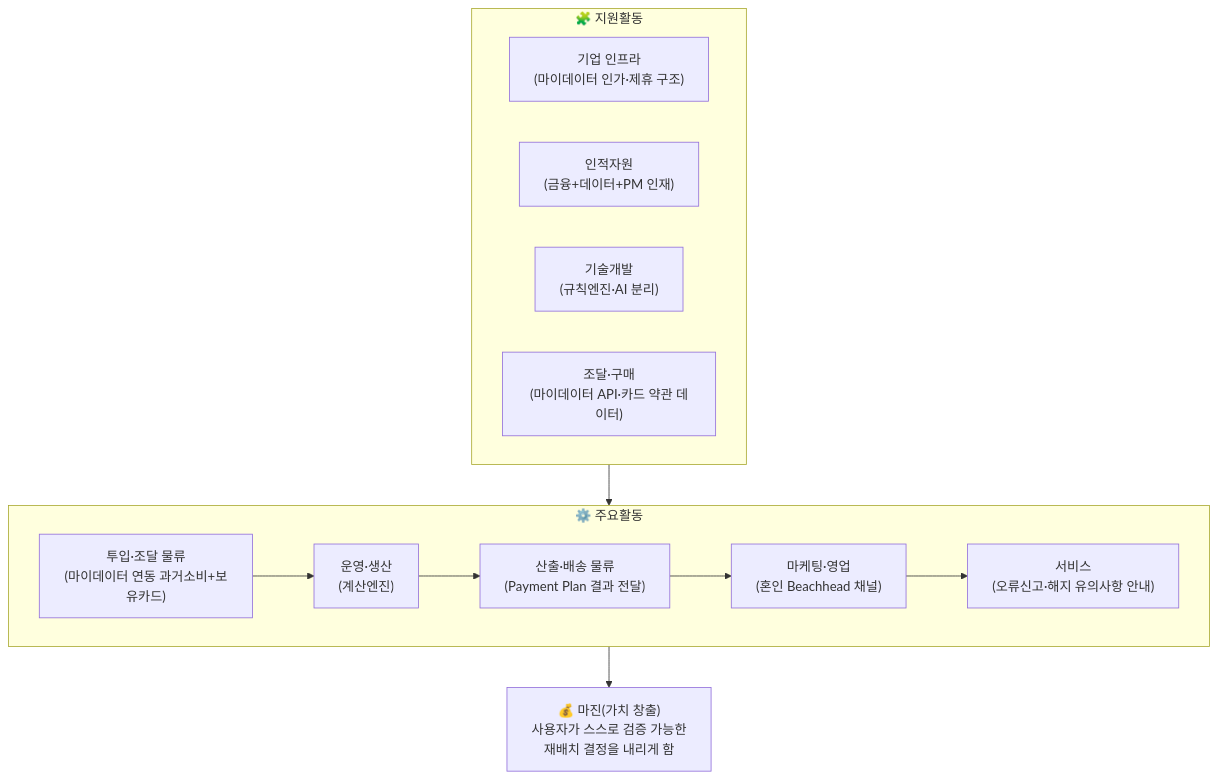
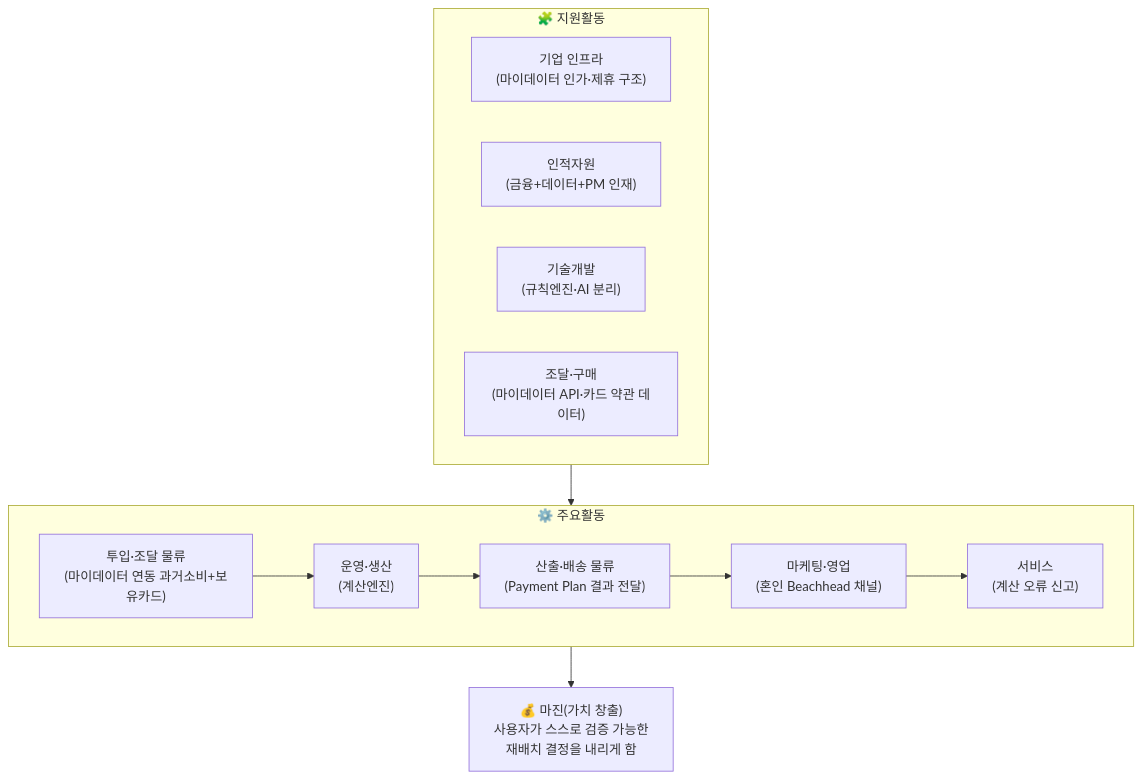
The diagram in 윤정/확정본/02_Value_Chain.md (jennie-brain/team-project_2nd), drawn with Mermaid before and after one commit. The commit also changed other lines of this file and 3 other files, not shown here.

````diff
--- a/윤정/확정본/02_Value_Chain.md
+++ b/윤정/확정본/02_Value_Chain.md
@@ -10,16 +12,16 @@
 ```mermaid
 flowchart TB
     subgraph SA["🧩 지원활동"]
         direction LR
         FI["기업 인프라<br/>(마이데이터 인가·제휴 구조)"]
         HR["인적자원<br/>(금융+데이터+PM 인재)"]
         TD["기술개발<br/>(규칙엔진·AI 분리)"]
         PR["조달·구매<br/>(마이데이터 API·카드 약관 데이터)"]
     end
     subgraph PA["⚙️ 주요활동"]
         direction LR
-        IL["투입·조달 물류<br/>(마이데이터 연동 과거소비+보유카드)"] --> OP["운영·생산<br/>(계산엔진)"] --> OL["산출·배송 물류<br/>(Payment Plan 결과 전달)"] --> MS["마케팅·영업<br/>(혼인 Beachhead 채널)"] --> SV["서비스<br/>(오류신고·해지 유의사항 안내)"]
+        IL["투입·조달 물류<br/>(마이데이터 연동 과거소비+보유카드)"] --> OP["운영·생산<br/>(계산엔진)"] --> OL["산출·배송 물류<br/>(Payment Plan 결과 전달)"] --> MS["마케팅·영업<br/>(혼인 Beachhead 채널)"] --> SV["서비스<br/>(계산 오류 신고)"]
     end
     SA --> PA
     PA --> M["💰 마진(가치 창출)<br/>사용자가 스스로 검증 가능한<br/>재배치 결정을 내리게 함"]
 ```
````
